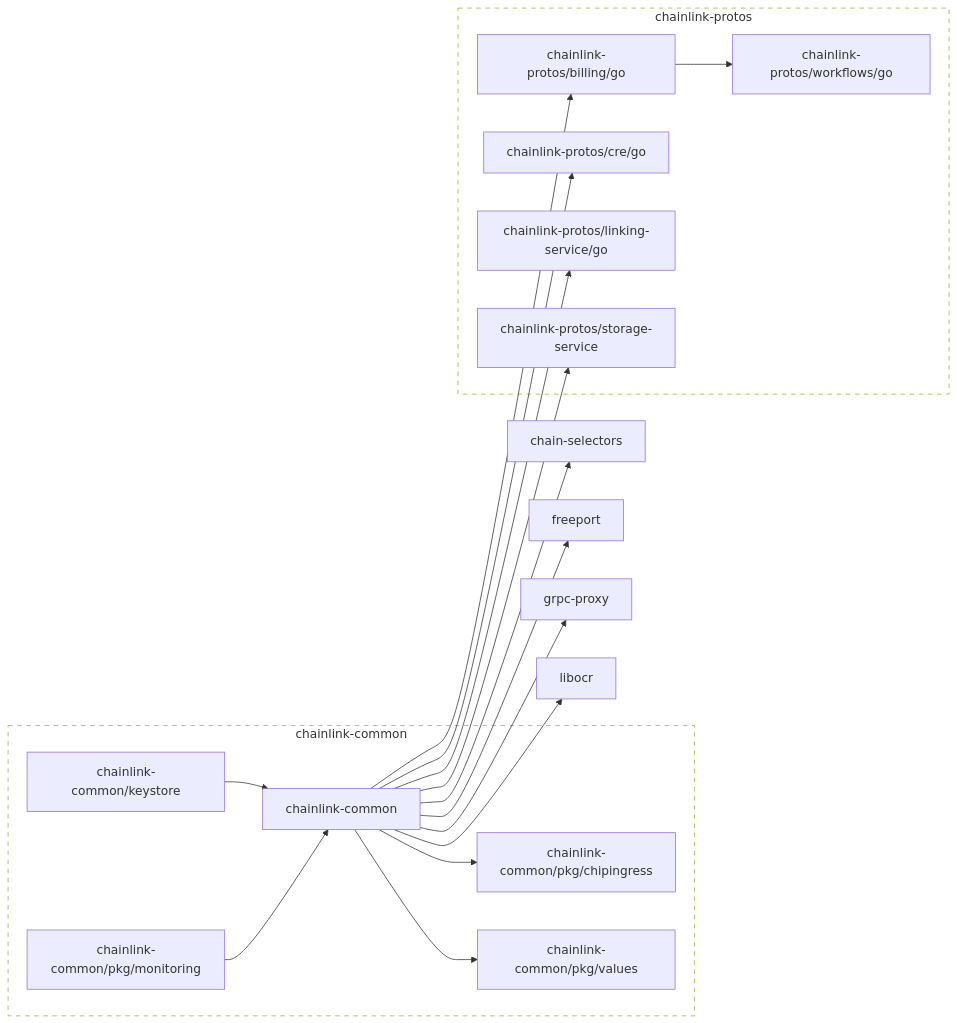
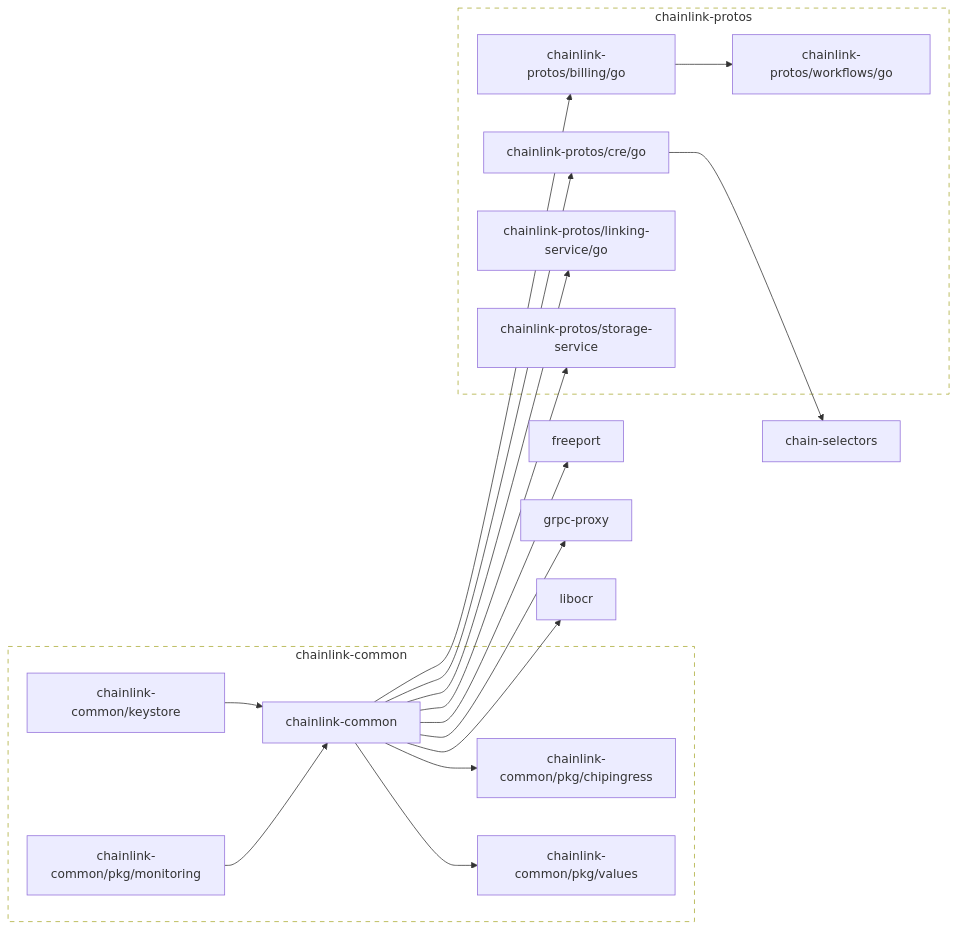
The diagram in go.md (smartcontractkit/chainlink-common), drawn with Mermaid before and after one commit. The commit also changed 5 other files, not shown here.

First line of the commit message:
Regenerate confidential HTTP types from chainlink-protos

````diff
--- a/go.md
+++ b/go.md
@@ -2,62 +2,61 @@
 ```mermaid
 flowchart LR
 
 	chain-selectors
 	click chain-selectors href "https://github.com/smartcontractkit/chain-selectors"
-	chainlink-common --> chain-selectors
 	chainlink-common --> chainlink-common/pkg/chipingress
 	chainlink-common --> chainlink-common/pkg/values
 	chainlink-common --> chainlink-protos/billing/go
 	chainlink-common --> chainlink-protos/cre/go
 	chainlink-common --> chainlink-protos/linking-service/go
 	chainlink-common --> chainlink-protos/storage-service
 	chainlink-common --> freeport
 	chainlink-common --> grpc-proxy
 	chainlink-common --> libocr
 	click chainlink-common href "https://github.com/smartcontractkit/chainlink-common"
 	chainlink-common/keystore --> chainlink-common
 	click chainlink-common/keystore href "https://github.com/smartcontractkit/chainlink-common"
 	chainlink-common/pkg/chipingress
 	click chainlink-common/pkg/chipingress href "https://github.com/smartcontractkit/chainlink-common"
 	chainlink-common/pkg/monitoring --> chainlink-common
 	click chainlink-common/pkg/monitoring href "https://github.com/smartcontractkit/chainlink-common"
 	chainlink-common/pkg/values
 	click chainlink-common/pkg/values href "https://github.com/smartcontractkit/chainlink-common"
 	chainlink-protos/billing/go --> chainlink-protos/workflows/go
 	click chainlink-protos/billing/go href "https://github.com/smartcontractkit/chainlink-protos"
-	chainlink-protos/cre/go
+	chainlink-protos/cre/go --> chain-selectors
 	click chainlink-protos/cre/go href "https://github.com/smartcontractkit/chainlink-protos"
 	chainlink-protos/linking-service/go
 	click chainlink-protos/linking-service/go href "https://github.com/smartcontractkit/chainlink-protos"
 	chainlink-protos/storage-service
 	click chainlink-protos/storage-service href "https://github.com/smartcontractkit/chainlink-protos"
 	chainlink-protos/workflows/go
 	click chainlink-protos/workflows/go href "https://github.com/smartcontractkit/chainlink-protos"
 	freeport
 	click freeport href "https://github.com/smartcontractkit/freeport"
 	grpc-proxy
 	click grpc-proxy href "https://github.com/smartcontractkit/grpc-proxy"
 	libocr
 	click libocr href "https://github.com/smartcontractkit/libocr"
 
 	subgraph chainlink-common-repo[chainlink-common]
 		 chainlink-common
 		 chainlink-common/keystore
 		 chainlink-common/pkg/chipingress
 		 chainlink-common/pkg/monitoring
 		 chainlink-common/pkg/values
 	end
 	click chainlink-common-repo href "https://github.com/smartcontractkit/chainlink-common"
 
 	subgraph chainlink-protos-repo[chainlink-protos]
 		 chainlink-protos/billing/go
 		 chainlink-protos/cre/go
 		 chainlink-protos/linking-service/go
 		 chainlink-protos/storage-service
 		 chainlink-protos/workflows/go
 	end
 	click chainlink-protos-repo href "https://github.com/smartcontractkit/chainlink-protos"
 
 	classDef outline stroke-dasharray:6,fill:none;
 	class chainlink-common-repo,chainlink-protos-repo outline
 ```
````
